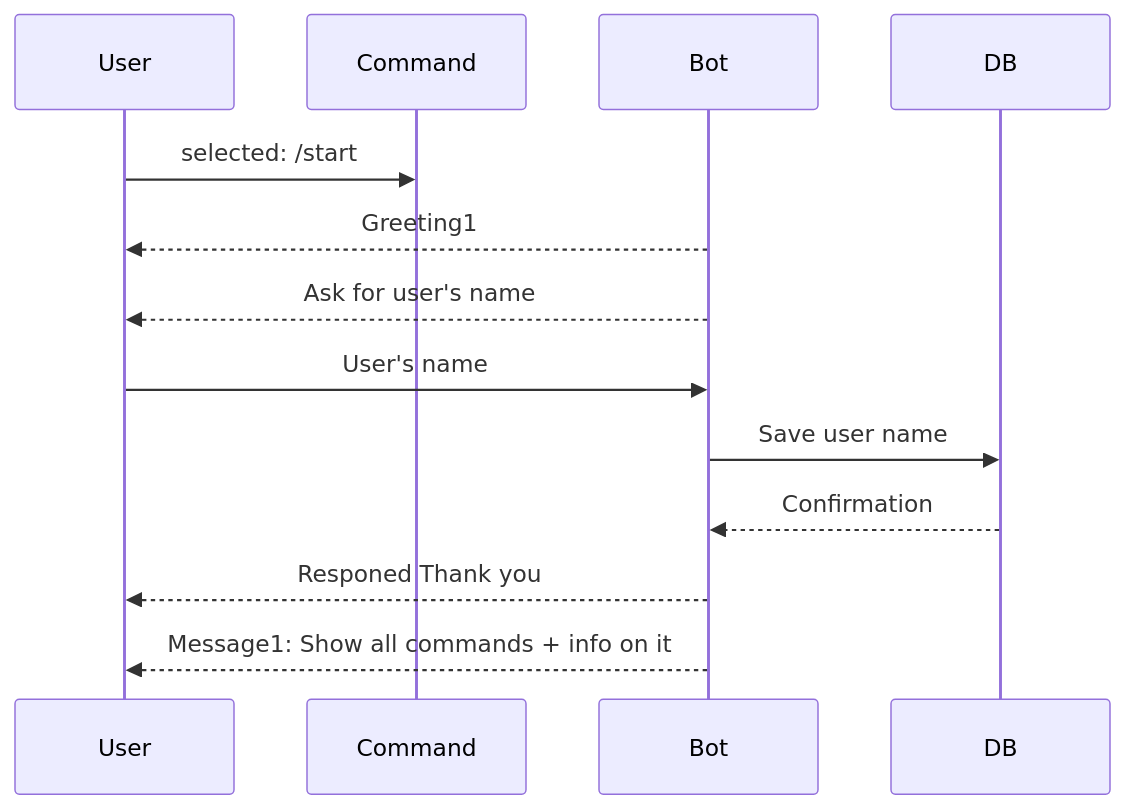
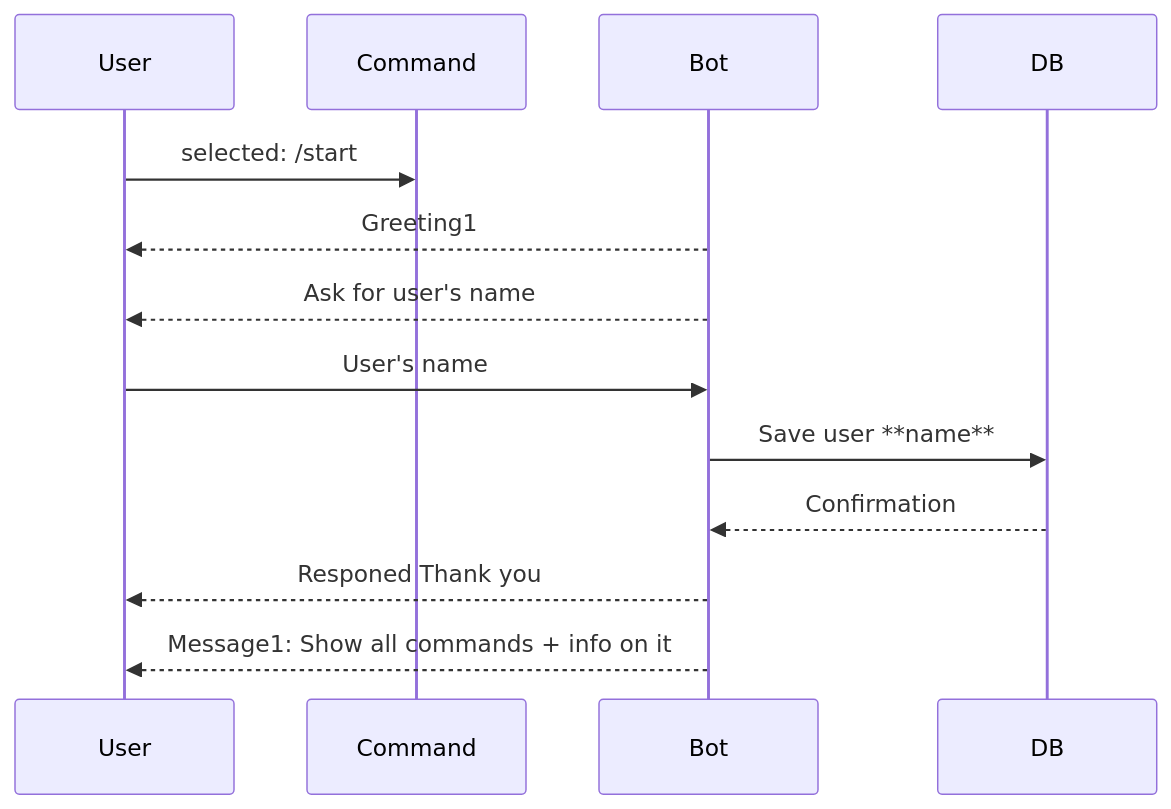
Before and after one commit to naik-ai/yolo: the first of 5 diagrams in yolo/bot/yolo/yolo_bot.md, drawn with Mermaid. The commit also changed other lines of this file and 25 other files, not shown here.

````diff
--- a/yolo/bot/yolo/yolo_bot.md
+++ b/yolo/bot/yolo/yolo_bot.md
@@ -9,18 +9,18 @@
     ```mermaid
     
     sequenceDiagram
         
         participant User
         participant Command
         participant Bot
         participant DB
 
         User->>Command: selected: /start
         Bot-->>User: Greeting1
         Bot-->>User: Ask for user's name
         User->>Bot: User's name
-        Bot->>DB: Save user name
+        Bot->>DB: Save user **name**
         DB-->>Bot: Confirmation
         Bot-->>User: Responed Thank you
         Bot-->>User: Message1: Show all commands + info on it
     ```
````
